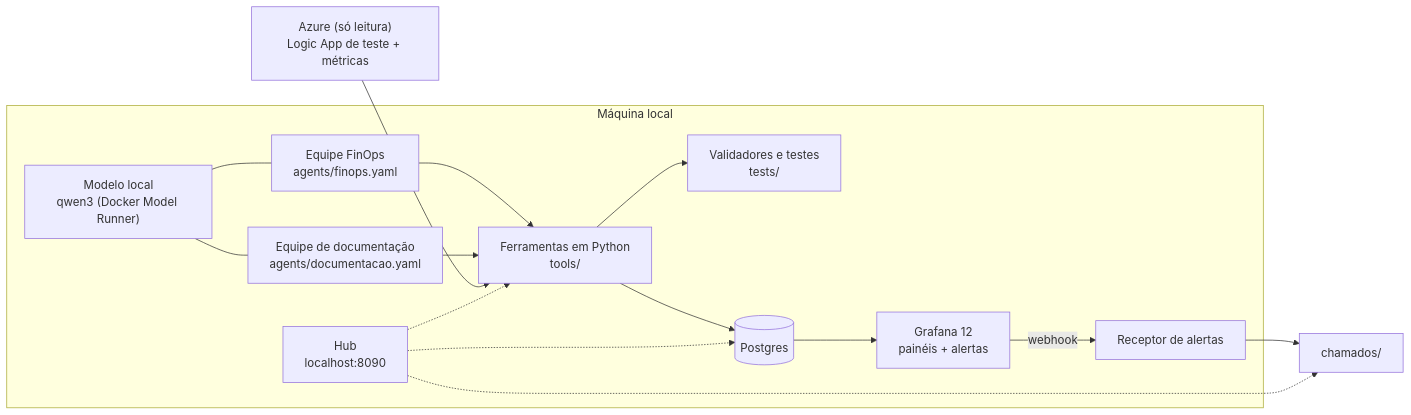
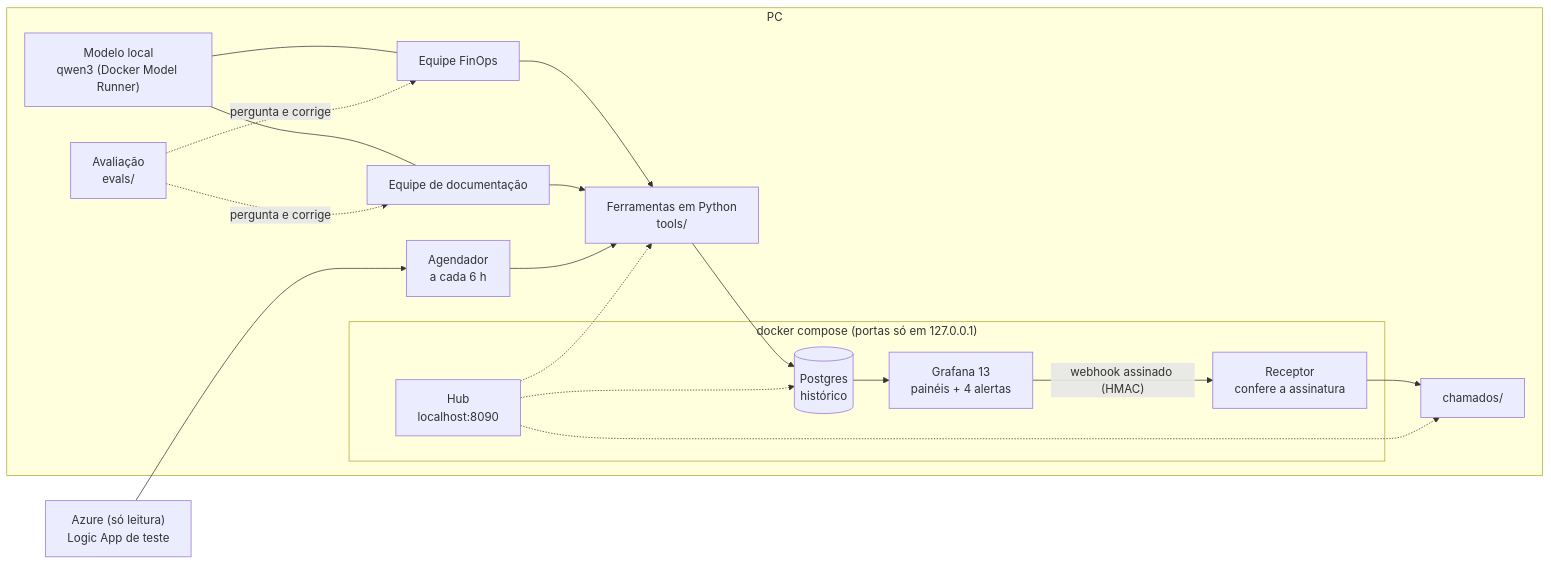
Before and after one commit to Vazc0-0/HubFinOps: the diagram in README.md, drawn with Mermaid. The commit also changed other lines of this file and 4 other files, not shown here.

````diff
--- a/README.md
+++ b/README.md
@@ -125,20 +66,24 @@
 ```mermaid
 flowchart LR
-  subgraph Local["Máquina local"]
+  subgraph PC["PC"]
     M["Modelo local<br/>qwen3 (Docker Model Runner)"]
-    A1["Equipe FinOps<br/>agents/finops.yaml"]
-    A2["Equipe de documentação<br/>agents/documentacao.yaml"]
+    A1["Equipe FinOps"]
+    A2["Equipe de documentação"]
     T["Ferramentas em Python<br/>tools/"]
-    V["Validadores e testes<br/>tests/"]
-    P[("Postgres")]
-    G["Grafana 12<br/>painéis + alertas"]
-    R["Receptor de alertas"]
-    H["Hub<br/>localhost:8090"]
+    AG["Agendador<br/>a cada 6 h"]
+    E["Avaliação<br/>evals/"]
+    C["chamados/"]
+    subgraph DC["docker compose (portas só em 127.0.0.1)"]
+      P[("Postgres<br/>histórico")]
+      G["Grafana 13<br/>painéis + 4 alertas"]
+      R["Receptor<br/>confere a assinatura"]
+      H["Hub<br/>localhost:8090"]
+    end
   end
-  AZ["Azure (só leitura)<br/>Logic App de teste + métricas"]
+  AZ["Azure (só leitura)<br/>Logic App de teste"]
   M --- A1 & A2
-  A1 & A2 --> T --> V
-  T --> P --> G -- webhook --> R --> C["chamados/"]
-  AZ --> T
+  A1 & A2 --> T
+  E -. pergunta e corrige .-> A1 & A2
+  AZ --> AG --> T --> P --> G -- "webhook assinado (HMAC)" --> R --> C
   H -.-> T & P & C
 ```
````
